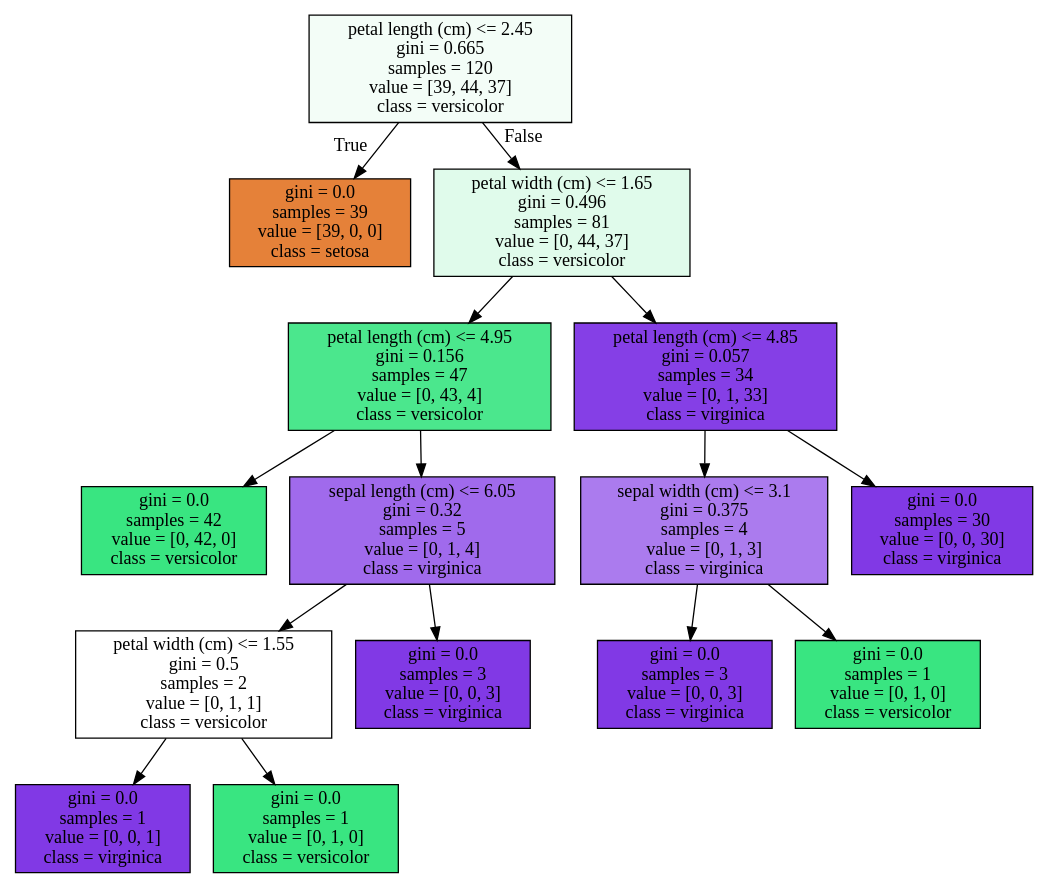
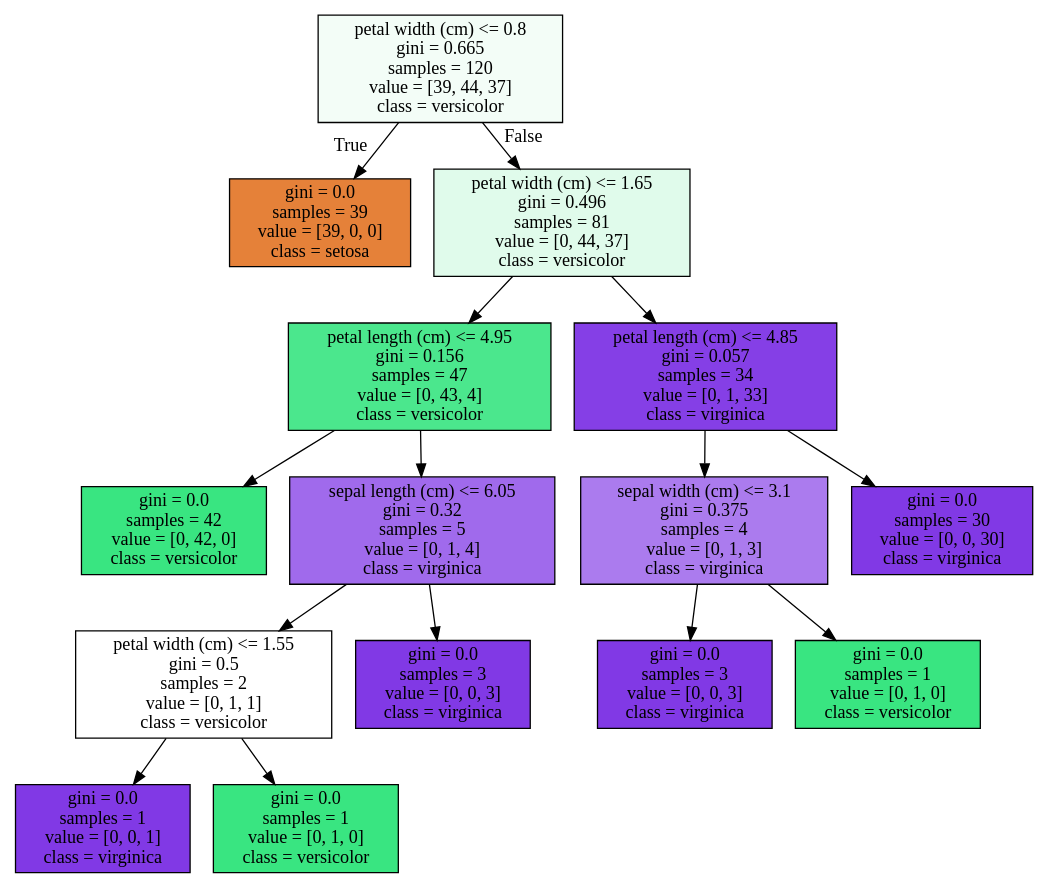
Before and after one commit to soyoonjeong/MachineLearning: the diagram in tree.dot, drawn with Graphviz. The commit also changed 1 other file, not shown here.

```diff
--- a/tree.dot
+++ b/tree.dot
@@ -1,32 +1,32 @@
 digraph Tree {
 node [shape=box, style="filled", color="black"] ;
-0 [label="petal length (cm) <= 2.45\ngini = 0.665\nsamples = 120\nvalue = [39, 44, 37]\nclass = versicolor", fillcolor="#f3fdf7"] ;
+0 [label="petal width (cm) <= 0.8\ngini = 0.665\nsamples = 120\nvalue = [39, 44, 37]\nclass = versicolor", fillcolor="#f3fdf7"] ;
 1 [label="gini = 0.0\nsamples = 39\nvalue = [39, 0, 0]\nclass = setosa", fillcolor="#e58139"] ;
 0 -> 1 [labeldistance=2.5, labelangle=45, headlabel="True"] ;
 2 [label="petal width (cm) <= 1.65\ngini = 0.496\nsamples = 81\nvalue = [0, 44, 37]\nclass = versicolor", fillcolor="#e0fbeb"] ;
 0 -> 2 [labeldistance=2.5, labelangle=-45, headlabel="False"] ;
 3 [label="petal length (cm) <= 4.95\ngini = 0.156\nsamples = 47\nvalue = [0, 43, 4]\nclass = versicolor", fillcolor="#4be78d"] ;
 2 -> 3 ;
 4 [label="gini = 0.0\nsamples = 42\nvalue = [0, 42, 0]\nclass = versicolor", fillcolor="#39e581"] ;
 3 -> 4 ;
 5 [label="sepal length (cm) <= 6.05\ngini = 0.32\nsamples = 5\nvalue = [0, 1, 4]\nclass = virginica", fillcolor="#a06aec"] ;
 3 -> 5 ;
 6 [label="petal width (cm) <= 1.55\ngini = 0.5\nsamples = 2\nvalue = [0, 1, 1]\nclass = versicolor", fillcolor="#ffffff"] ;
 5 -> 6 ;
 7 [label="gini = 0.0\nsamples = 1\nvalue = [0, 0, 1]\nclass = virginica", fillcolor="#8139e5"] ;
 6 -> 7 ;
 8 [label="gini = 0.0\nsamples = 1\nvalue = [0, 1, 0]\nclass = versicolor", fillcolor="#39e581"] ;
 6 -> 8 ;
 9 [label="gini = 0.0\nsamples = 3\nvalue = [0, 0, 3]\nclass = virginica", fillcolor="#8139e5"] ;
 5 -> 9 ;
 10 [label="petal length (cm) <= 4.85\ngini = 0.057\nsamples = 34\nvalue = [0, 1, 33]\nclass = virginica", fillcolor="#853fe6"] ;
 2 -> 10 ;
 11 [label="sepal width (cm) <= 3.1\ngini = 0.375\nsamples = 4\nvalue = [0, 1, 3]\nclass = virginica", fillcolor="#ab7bee"] ;
 10 -> 11 ;
 12 [label="gini = 0.0\nsamples = 3\nvalue = [0, 0, 3]\nclass = virginica", fillcolor="#8139e5"] ;
 11 -> 12 ;
 13 [label="gini = 0.0\nsamples = 1\nvalue = [0, 1, 0]\nclass = versicolor", fillcolor="#39e581"] ;
 11 -> 13 ;
 14 [label="gini = 0.0\nsamples = 30\nvalue = [0, 0, 30]\nclass = virginica", fillcolor="#8139e5"] ;
 10 -> 14 ;
 }
```
